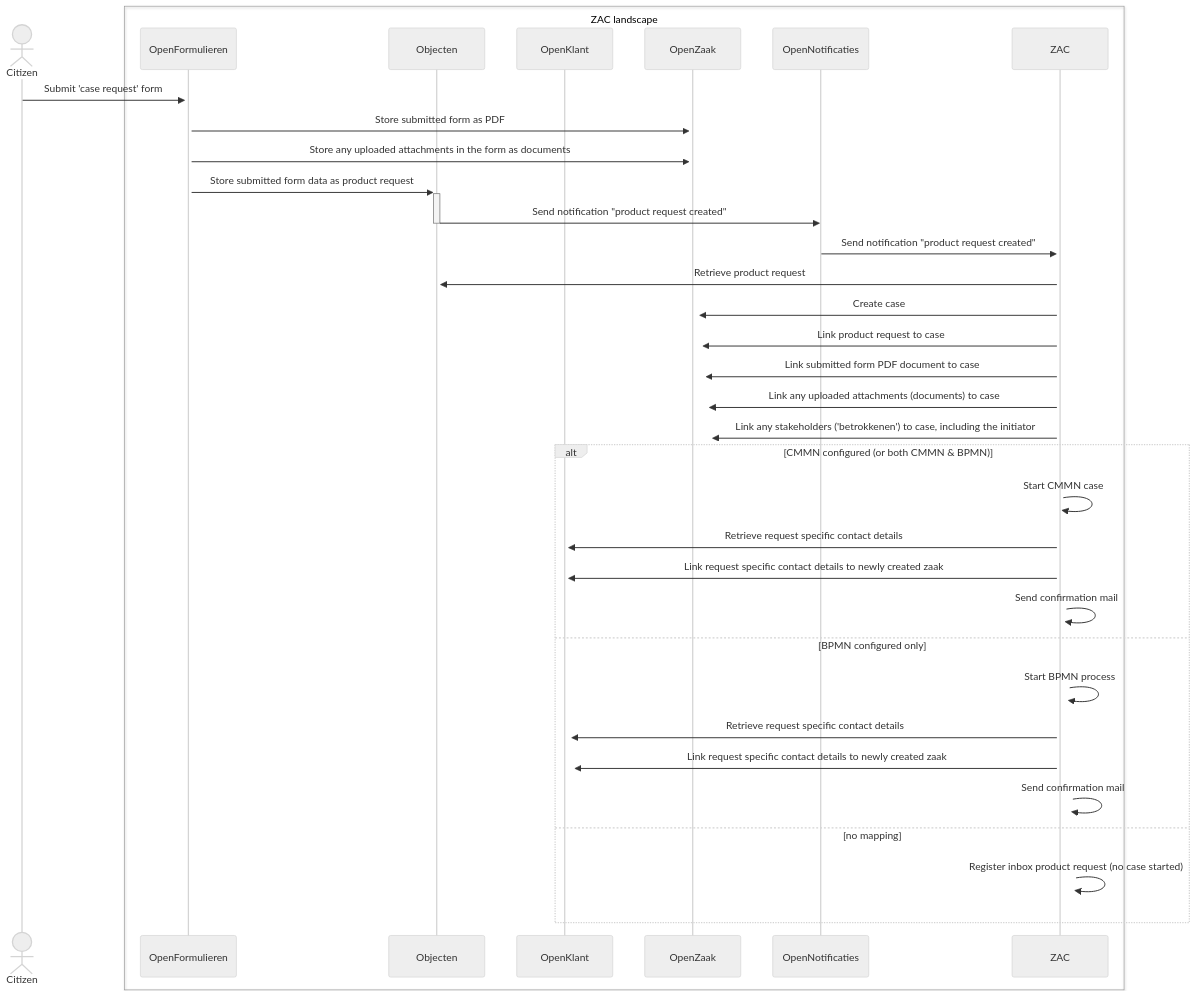
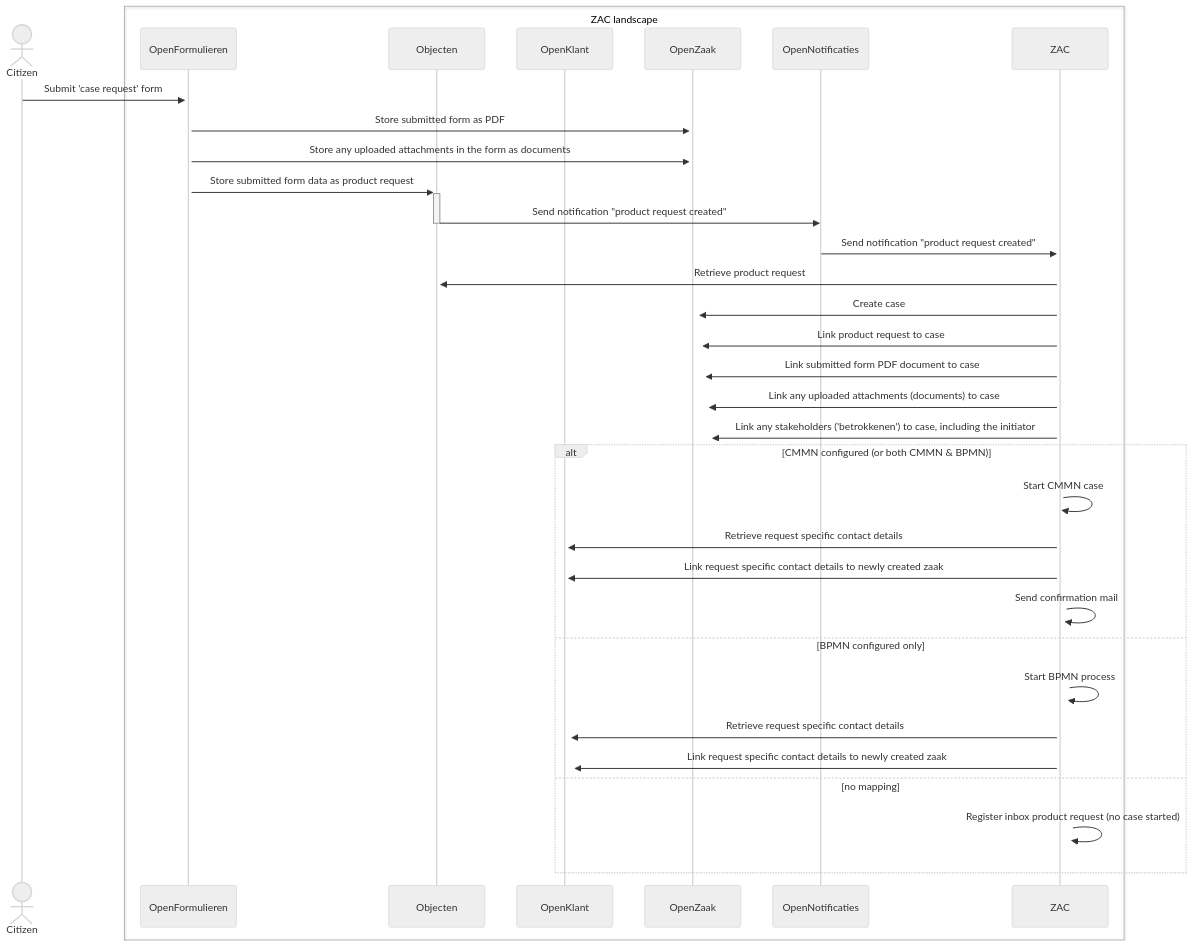
One commit to infonl/dimpact-zaakafhandelcomponent changed the diagram in docs/solution-architecture/productRequestSupport.md. Above: the diagram before and after it, drawn with Mermaid (neutral theme). The commit also changed other lines of this file, not shown here.

````diff
--- a/docs/solution-architecture/productRequestSupport.md
+++ b/docs/solution-architecture/productRequestSupport.md
@@ -48,38 +49,37 @@
 ```mermaid
 sequenceDiagram
     actor Citizen
     box ZAC landscape
     participant OpenFormulieren
     participant Objecten
     participant OpenKlant
     participant OpenZaak
     participant OpenNotificaties
     participant ZAC
     end
 
     Citizen->>+OpenFormulieren: Submit 'case request' form
     OpenFormulieren->>+OpenZaak: Store submitted form as PDF
     OpenFormulieren->>+OpenZaak: Store any uploaded attachments in the form as documents
     OpenFormulieren->>+Objecten: Store submitted form data as product request
     Objecten->>-OpenNotificaties: Send notification "product request created"
     OpenNotificaties->>+ZAC: Send notification "product request created"
     ZAC->>+Objecten: Retrieve product request
     ZAC->>+OpenZaak: Create case
     ZAC->>+OpenZaak: Link product request to case
     ZAC->>+OpenZaak: Link submitted form PDF document to case
     ZAC->>+OpenZaak: Link any uploaded attachments (documents) to case
     ZAC->>+OpenZaak: Link any stakeholders ('betrokkenen') to case, including the initiator
     alt CMMN configured (or both CMMN & BPMN)
         ZAC->>+ZAC: Start CMMN case
         ZAC->>+OpenKlant: Retrieve request specific contact details
         ZAC->>+OpenKlant: Link request specific contact details to newly created zaak
         ZAC->>+ZAC: Send confirmation mail
     else BPMN configured only
         ZAC->>+ZAC: Start BPMN process
         ZAC->>+OpenKlant: Retrieve request specific contact details
         ZAC->>+OpenKlant: Link request specific contact details to newly created zaak
-        ZAC->>+ZAC: Send confirmation mail
     else no mapping
         ZAC->>+ZAC: Register inbox product request (no case started)
     end
 ```
````
